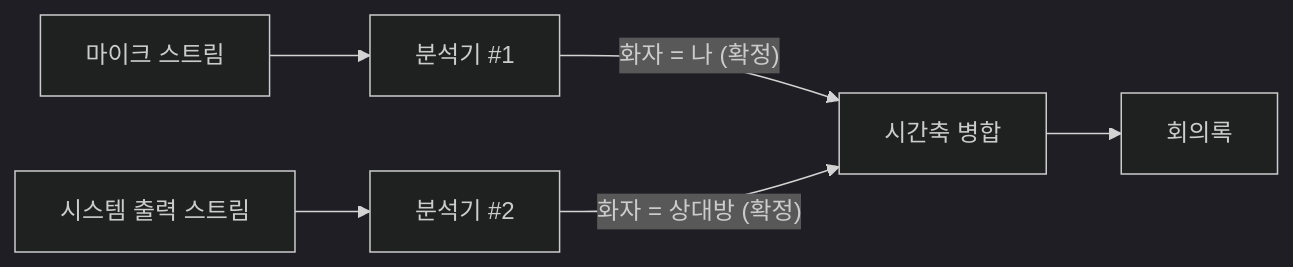
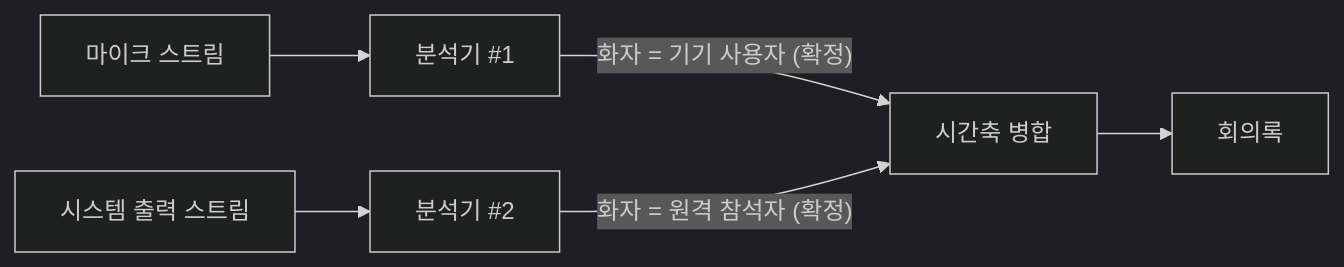
Before and after one commit to haandol/scribird: the diagram in docs/adr/transcription/0001-source-based-speaker-attribution.md, drawn with Mermaid (dark theme). The commit also changed other lines of this file and 43 other files, not shown here.

````diff
--- a/docs/adr/transcription/0001-source-based-speaker-attribution.md
+++ b/docs/adr/transcription/0001-source-based-speaker-attribution.md
@@ -55,8 +59,8 @@
 ```mermaid
 flowchart LR
     Mic["마이크 스트림"] --> A1["분석기 #1"]
     Sys["시스템 출력 스트림"] --> A2["분석기 #2"]
-    A1 -- "화자 = 나 (확정)" --> TL["시간축 병합"]
-    A2 -- "화자 = 상대방 (확정)" --> TL
+    A1 -- "화자 = 기기 사용자 (확정)" --> TL["시간축 병합"]
+    A2 -- "화자 = 원격 참석자 (확정)" --> TL
     TL --> Out["회의록"]
 ```
````
